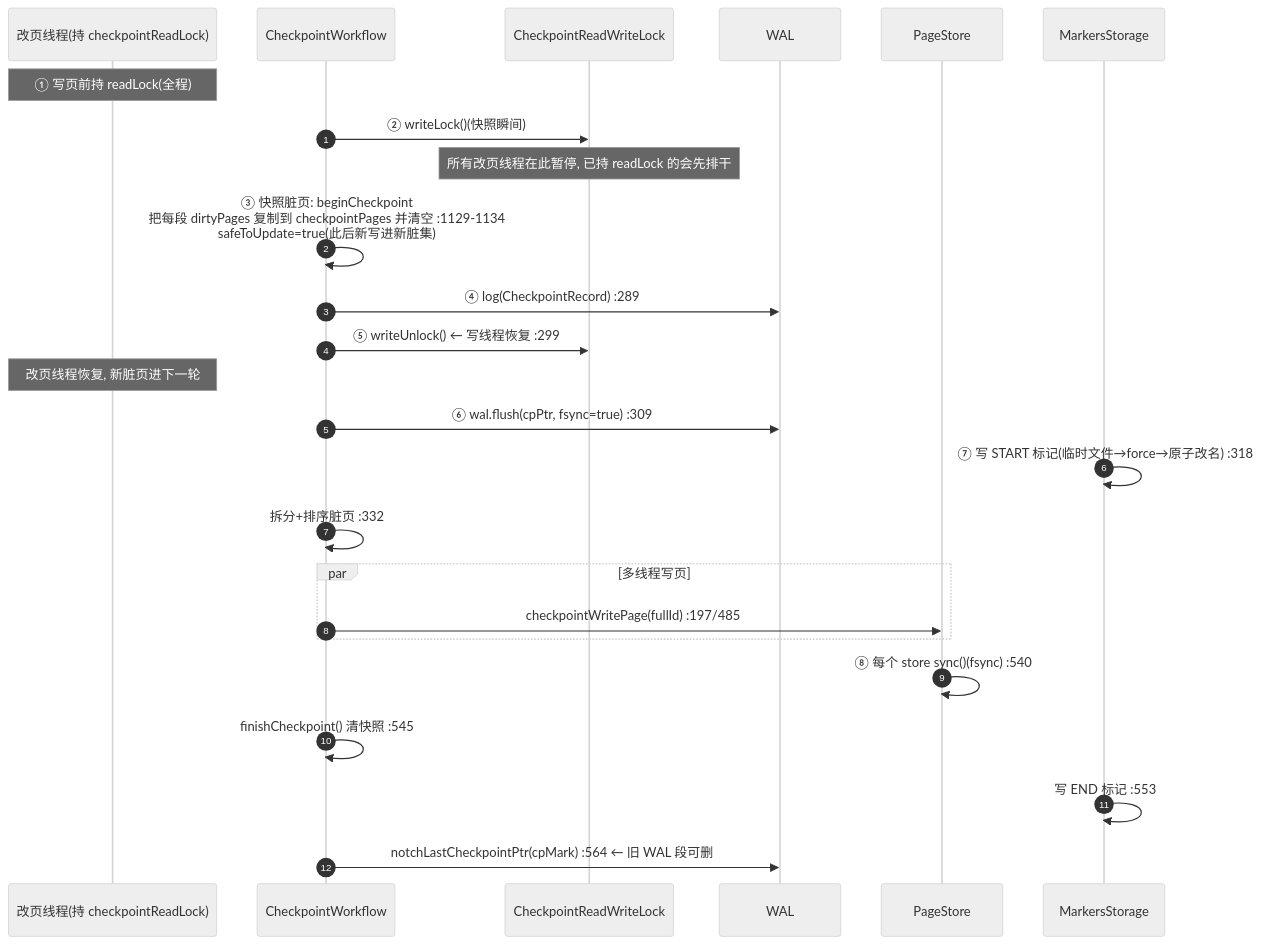
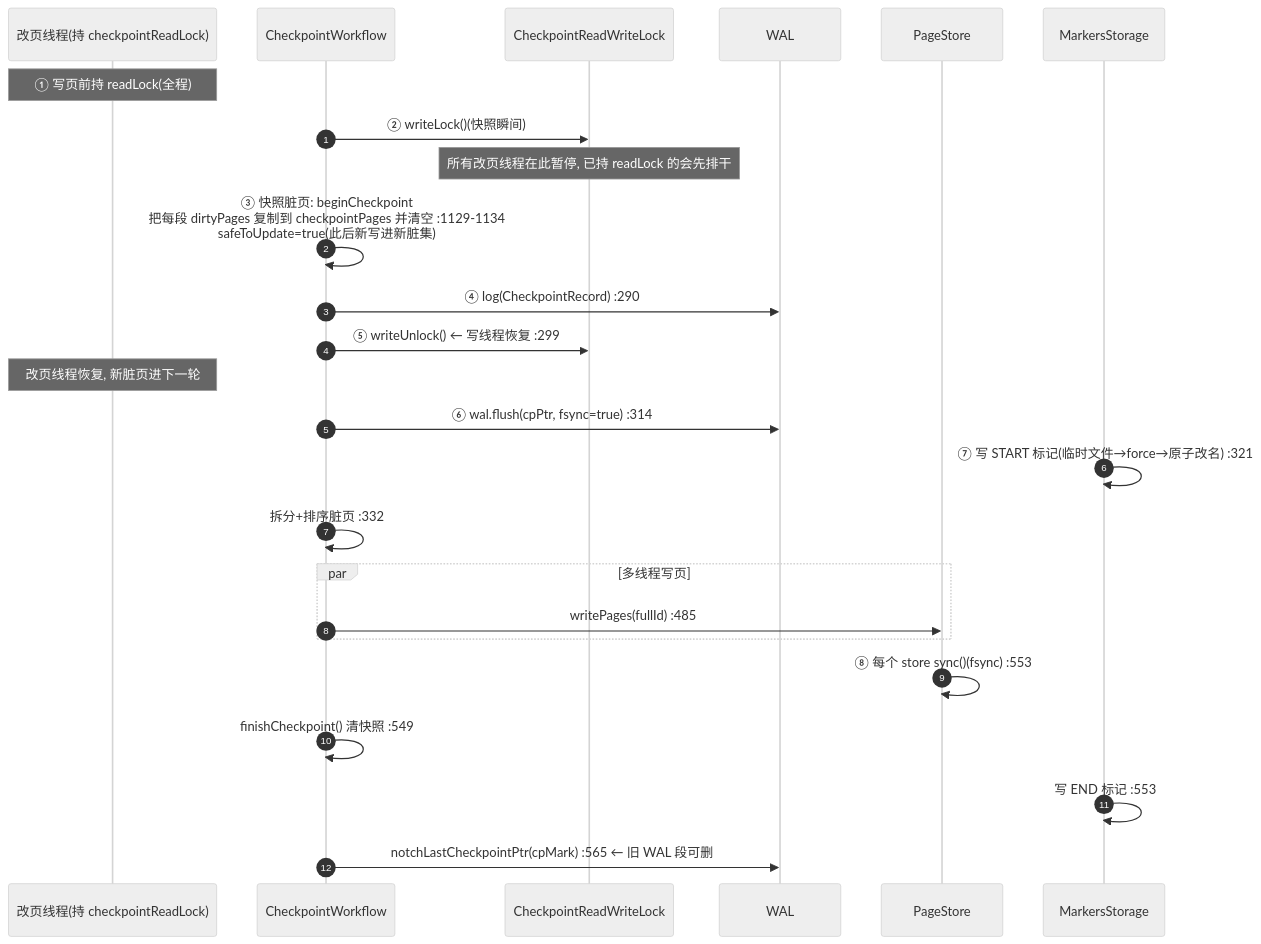
Before and after one commit to XianReallyHot-ZZH/Ignite-Research: the sixth of 14 diagrams in docs-research/03-ignite-storage-layer.md, drawn with Mermaid (neutral theme). The commit also changed other lines of this file and 3 other files, not shown here.

````diff
--- a/docs-research/03-ignite-storage-layer.md
+++ b/docs-research/03-ignite-storage-layer.md
@@ -420,28 +422,28 @@
 ```mermaid
 sequenceDiagram
     autonumber
     participant Mut as 改页线程(持 checkpointReadLock)
     participant CWF as CheckpointWorkflow
     participant Lock as CheckpointReadWriteLock
     participant WAL as WAL
     participant PS as PageStore
     participant Mgr as MarkersStorage
 
     Note over Mut: ① 写页前持 readLock(全程)
     CWF->>Lock: ② writeLock()(快照瞬间)
     Note over Lock: 所有改页线程在此暂停, 已持 readLock 的会先排干
     CWF->>CWF: ③ 快照脏页: beginCheckpoint<br/>把每段 dirtyPages 复制到 checkpointPages 并清空 :1129-1134<br/>safeToUpdate=true(此后新写进新脏集)
-    CWF->>WAL: ④ log(CheckpointRecord) :289
+    CWF->>WAL: ④ log(CheckpointRecord) :290
     CWF->>Lock: ⑤ writeUnlock() ← 写线程恢复 :299
     Note over Mut: 改页线程恢复, 新脏页进下一轮
-    CWF->>WAL: ⑥ wal.flush(cpPtr, fsync=true) :309
-    Mgr->>Mgr: ⑦ 写 START 标记(临时文件→force→原子改名) :318
+    CWF->>WAL: ⑥ wal.flush(cpPtr, fsync=true) :314
+    Mgr->>Mgr: ⑦ 写 START 标记(临时文件→force→原子改名) :321
     CWF->>CWF: 拆分+排序脏页 :332
     par 多线程写页
-        CWF->>PS: checkpointWritePage(fullId) :197/485
+        CWF->>PS: writePages(fullId) :485
     end
-    PS->>PS: ⑧ 每个 store sync()(fsync) :540
-    CWF->>CWF: finishCheckpoint() 清快照 :545
+    PS->>PS: ⑧ 每个 store sync()(fsync) :553
+    CWF->>CWF: finishCheckpoint() 清快照 :549
     Mgr->>Mgr: 写 END 标记 :553
-    CWF->>WAL: notchLastCheckpointPtr(cpMark) :564 ← 旧 WAL 段可删
+    CWF->>WAL: notchLastCheckpointPtr(cpMark) :565 ← 旧 WAL 段可删
 ```
````
